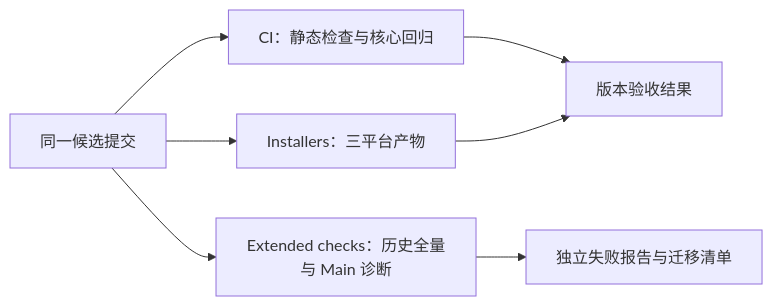
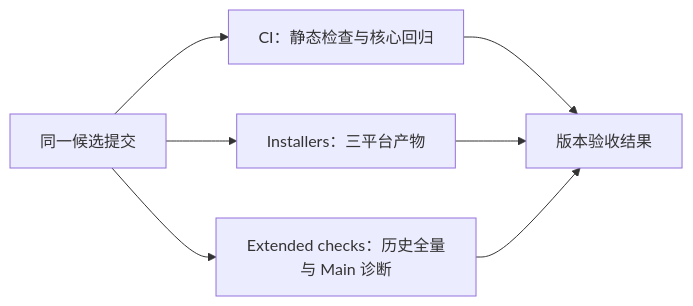
Before and after one commit to BlueSkyXN/OpenZWork: the first of 6 diagrams in docs/spec/upstream-v3.15.1-integration.md, drawn with Mermaid. The commit also changed other lines of this file and 4 other files, not shown here.

````diff
--- a/docs/spec/upstream-v3.15.1-integration.md
+++ b/docs/spec/upstream-v3.15.1-integration.md
@@ -33,9 +33,9 @@
 ```mermaid
 flowchart LR
     C[同一候选提交] --> K[CI：静态检查与核心回归]
     C --> I[Installers：三平台产物]
     C --> E[Extended checks：历史全量与 Main 诊断]
     K --> G[版本验收结果]
     I --> G
-    E --> R[独立失败报告与迁移清单]
+    E --> G
 ```
````
